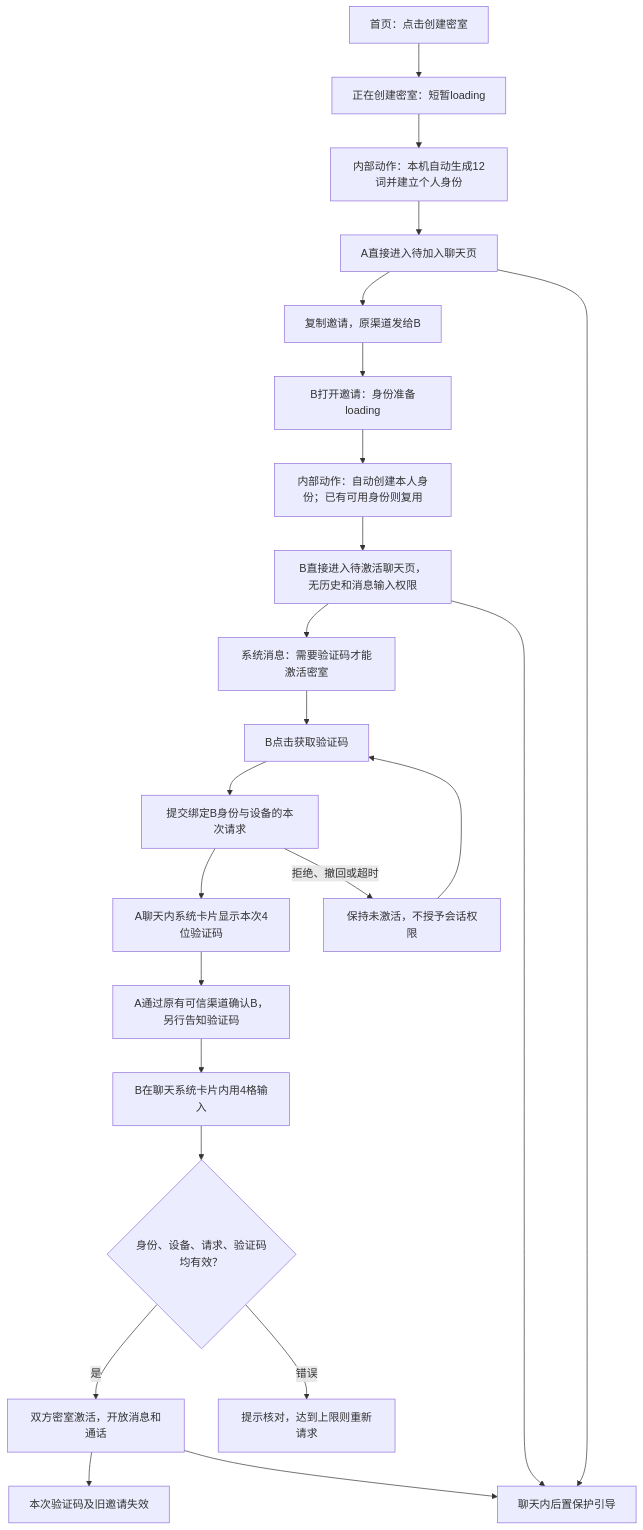
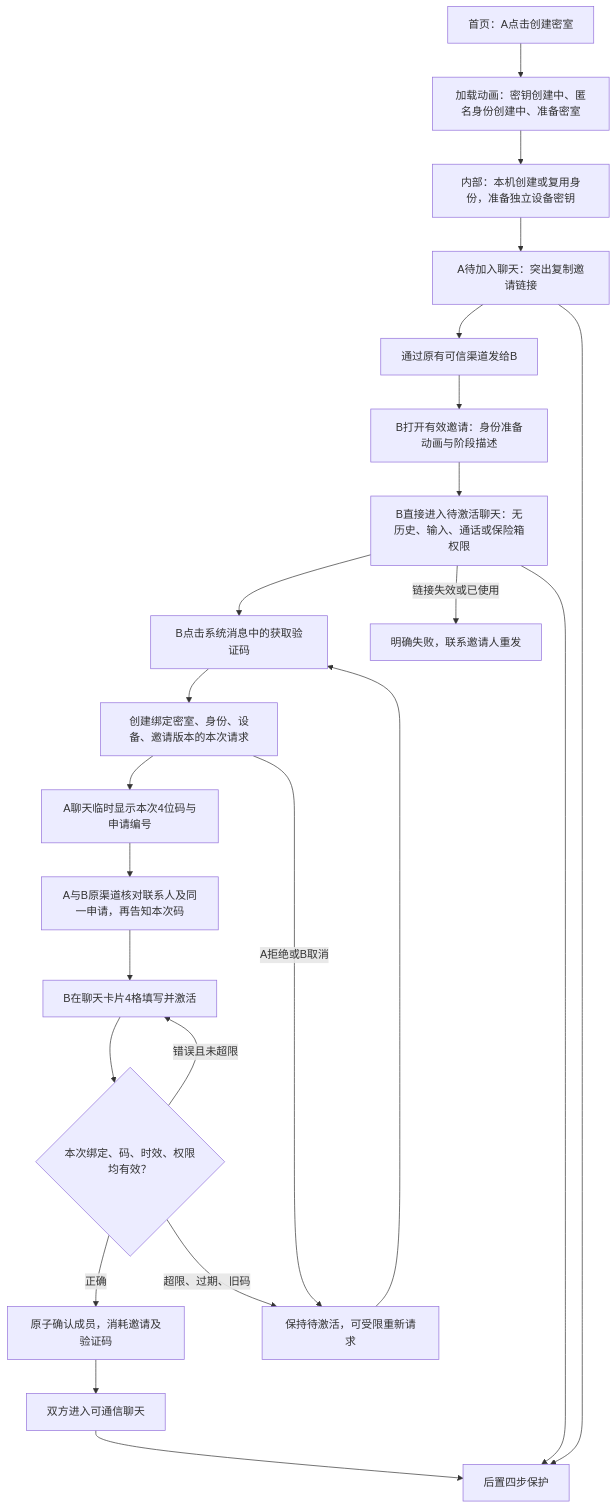
The first of 5 diagrams in docs/requirements/2026-10-16-personal-mnemonic-friends/flow.md (zdaiwmm/shui-IM), drawn with Mermaid before and after one commit. The commit also changed other lines of this file and 3 other files, not shown here.

````diff
--- a/docs/requirements/2026-10-16-personal-mnemonic-friends/flow.md
+++ b/docs/requirements/2026-10-16-personal-mnemonic-friends/flow.md
@@ -7,25 +7,25 @@
 ```mermaid
 flowchart TD
-  A[首页：点击创建密室] --> AL[正在创建密室：短暂loading]
-  AL --> AI[内部动作：本机自动生成12词并建立个人身份]
-  AI --> AC[A直接进入待加入聊天页]
-  AC --> L[复制邀请，原渠道发给B]
-  L --> BL[B打开邀请：身份准备loading]
-  BL --> BI[内部动作：自动创建本人身份；已有可用身份则复用]
-  BI --> BC[B直接进入待激活聊天页，无历史和消息输入权限]
-  BC --> GET[系统消息：需要验证码才能激活密室]
-  GET --> CLICK[B点击获取验证码]
-  CLICK --> REQ[提交绑定B身份与设备的本次请求]
-  REQ --> CODE[A聊天内系统卡片显示本次4位验证码]
-  CODE --> T[A通过原有可信渠道确认B，另行告知验证码]
-  T --> F[B在聊天系统卡片内用4格输入]
-  F --> V{身份、设备、请求、验证码均有效？}
-  V -->|是| CHAT[双方密室激活，开放消息和通话]
-  V -->|错误| RETRY[提示核对，达到上限则重新请求]
-  REQ -->|拒绝、撤回或超时| NO[保持未激活，不授予会话权限]
-  NO --> CLICK
-  CHAT --> DEAD[本次验证码及旧邀请失效]
-  AC --> SAFE[聊天内后置保护引导]
-  BC --> SAFE
-  CHAT --> SAFE
+  A[首页：A点击创建密室] --> LOAD[加载动画：密钥创建中、匿名身份创建中、准备密室]
+  LOAD --> LOCAL[内部：本机创建或复用身份，准备独立设备密钥]
+  LOCAL --> AC[A待加入聊天：突出复制邀请链接]
+  AC --> SHARE[通过原有可信渠道发给B]
+  SHARE --> BL[B打开有效邀请：身份准备动画与阶段描述]
+  BL --> BC[B直接进入待激活聊天：无历史、输入、通话或保险箱权限]
+  BC --> GET[B点击系统消息中的获取验证码]
+  GET --> REQ[创建绑定密室、身份、设备、邀请版本的本次请求]
+  REQ --> CODE[A聊天临时显示本次4位码与申请编号]
+  CODE --> TRUST[A与B原渠道核对联系人及同一申请，再告知本次码]
+  TRUST --> INPUT[B在聊天卡片4格填写并激活]
+  INPUT --> CHECK{本次绑定、码、时效、权限均有效？}
+  CHECK -->|正确| ACTIVATE[原子确认成员，消耗邀请及验证码]
+  ACTIVATE --> CHAT[双方进入可通信聊天]
+  CHECK -->|错误且未超限| INPUT
+  CHECK -->|超限、过期、旧码| DENY[保持待激活，可受限重新请求]
+  REQ -->|A拒绝或B取消| DENY
+  BC -->|链接失效或已使用| INVALID[明确失败，联系邀请人重发]
+  DENY --> GET
+  AC --> SETUP[后置四步保护]
+  BC --> SETUP
+  CHAT --> SETUP
 ```
````
